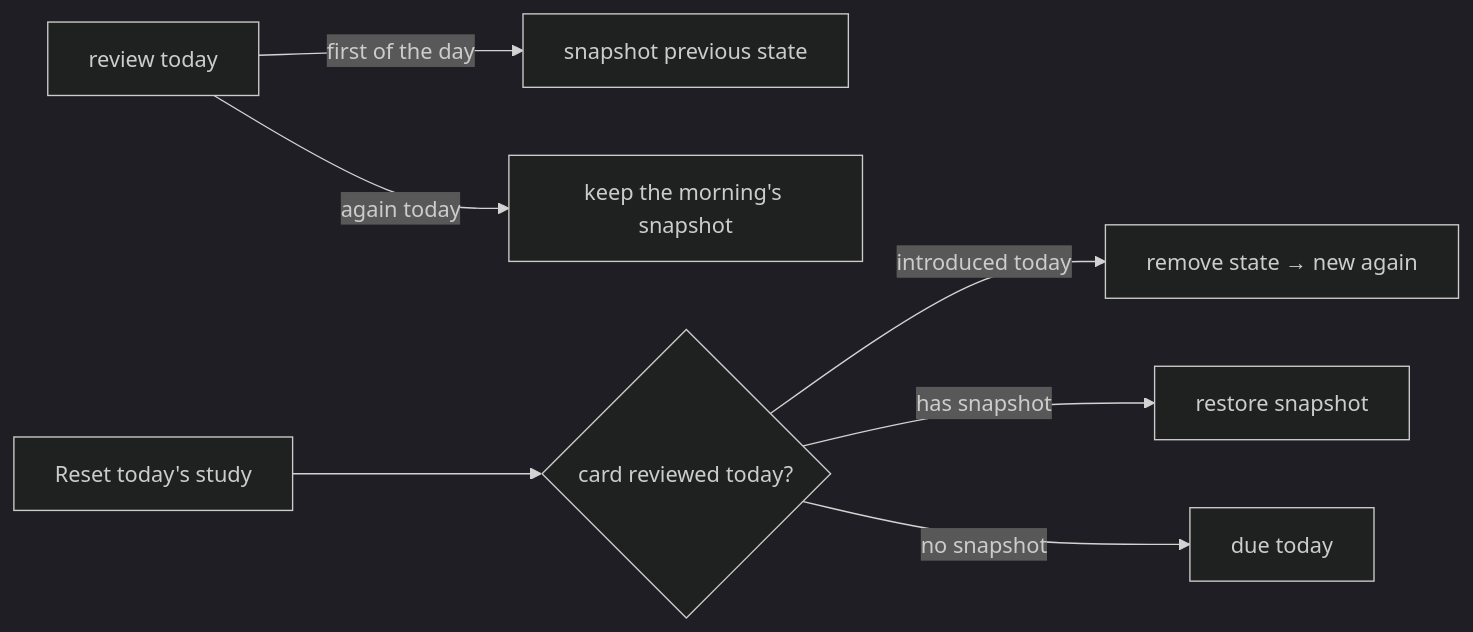
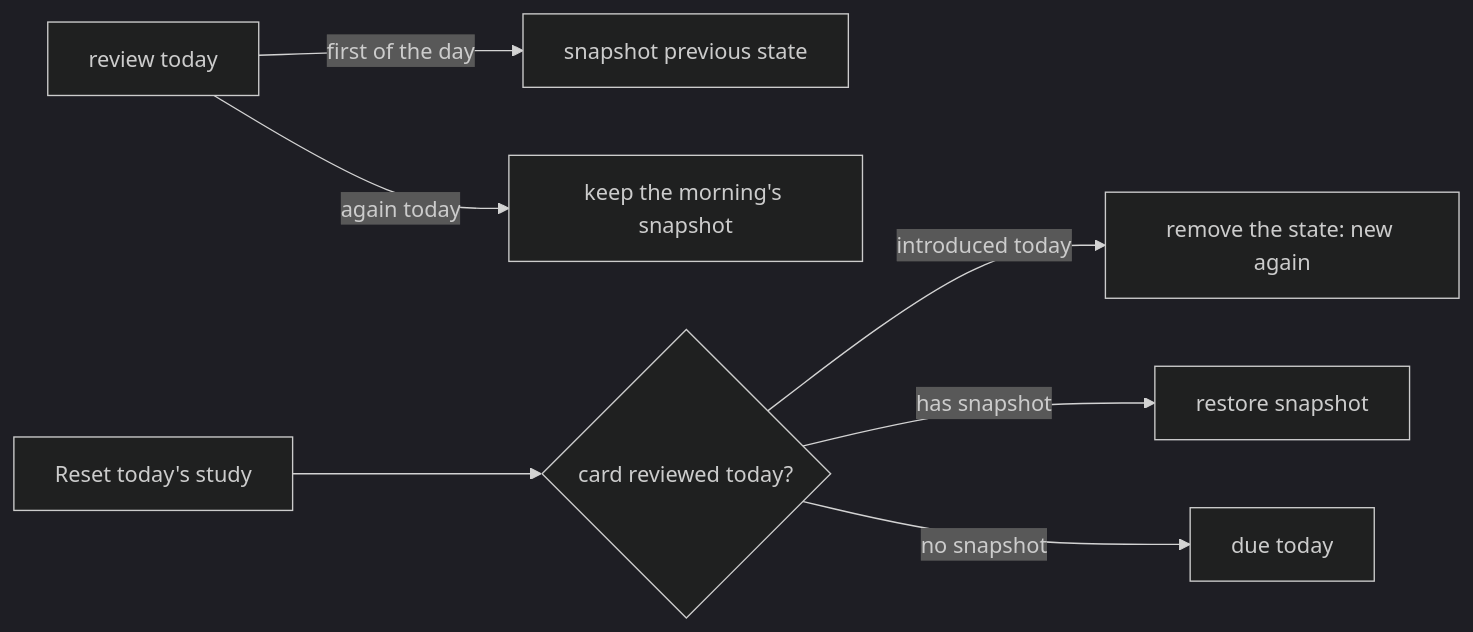
The second of 2 diagrams in docs/srs.md (solid-memo/website), drawn with Mermaid (dark theme) before and after one commit. The commit also changed other lines of this file and 26 other files, not shown here.

````diff
--- a/docs/srs.md
+++ b/docs/srs.md
@@ -336,9 +338,11 @@
 ```mermaid
 flowchart LR
+    accTitle: Resetting today's study
+    accDescr: The first review of the day keeps a snapshot, and a reset removes a card introduced today, restores a snapshot, or leaves the card due today.
     R[review today] -->|first of the day| S[snapshot previous state]
     R -->|again today| K[keep the morning's snapshot]
     X[Reset today's study] --> Q{card reviewed today?}
-    Q -->|introduced today| N[remove state → new again]
+    Q -->|introduced today| N[remove the state: new again]
     Q -->|has snapshot| B[restore snapshot]
     Q -->|no snapshot| D[due today]
 ```
````
